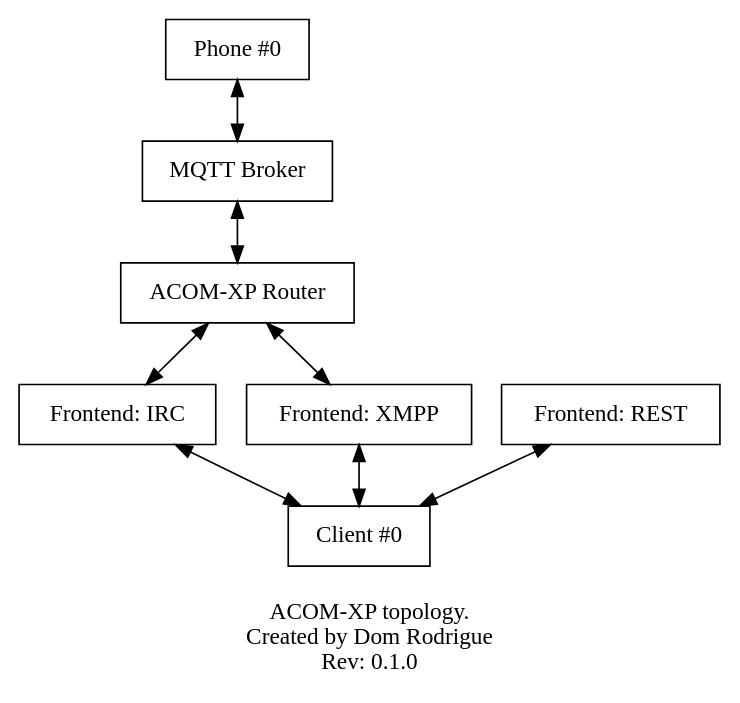
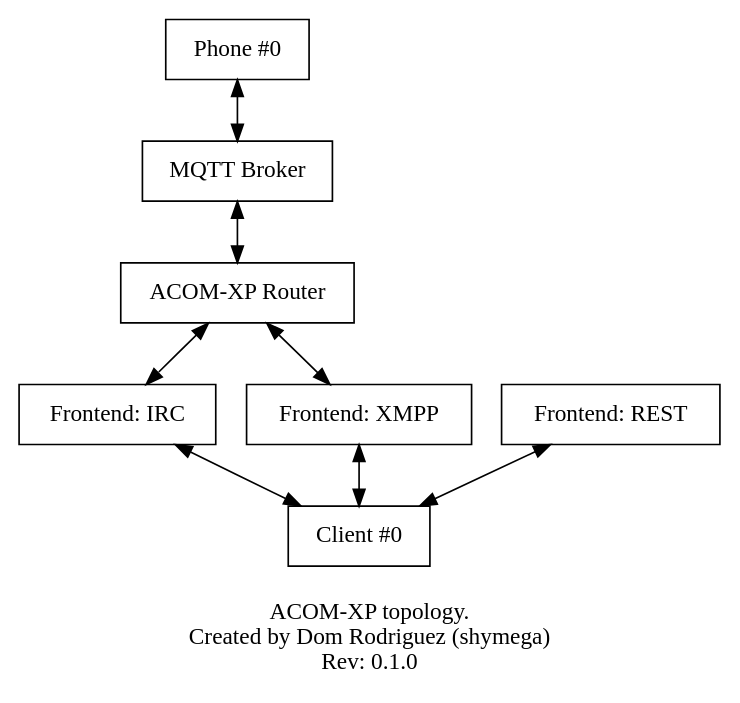
One commit to XAMS-Project/XAMS changed the diagram in diagrams/router.dot. Above: the diagram before and after it, drawn with Graphviz. The commit also changed 2 other files, not shown here.

Commit message:
Update diagrams

```diff
--- a/diagrams/router.dot
+++ b/diagrams/router.dot
@@ -1,23 +1,23 @@
 digraph Router {
     graph [overlap=false, splines=true]
     phone0 [shape=record,label="Phone #0"];
     broker [shape=record,label="MQTT Broker"];
     router [shape=record,label="ACOM-XP Router"];
     frt_irc [shape=record,label="Frontend: IRC"];
     frt_xmpp [shape=record,label="Frontend: XMPP"];
     frt_rest [shape=record,label="Frontend: REST"];
 
     phone0 -> broker [dir="both"];
     broker -> router [dir="both"];
 
     router -> frt_irc [dir="both"];
     router -> frt_xmpp [dir="both"];
 
     client0 [shape=record,label="Client #0"];
 
     frt_irc -> client0 [dir="both"];
     frt_xmpp -> client0 [dir="both"];
     frt_rest -> client0 [dir="both"]
 
-    label = "\nACOM-XP topology.\nCreated by Dom Rodrigue\nRev: 0.1.0"
+    label = "\nACOM-XP topology.\nCreated by Dom Rodriguez (shymega)\nRev: 0.1.0"
 }
```
